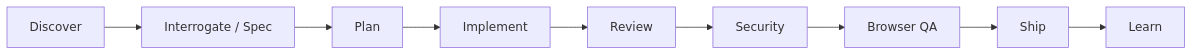
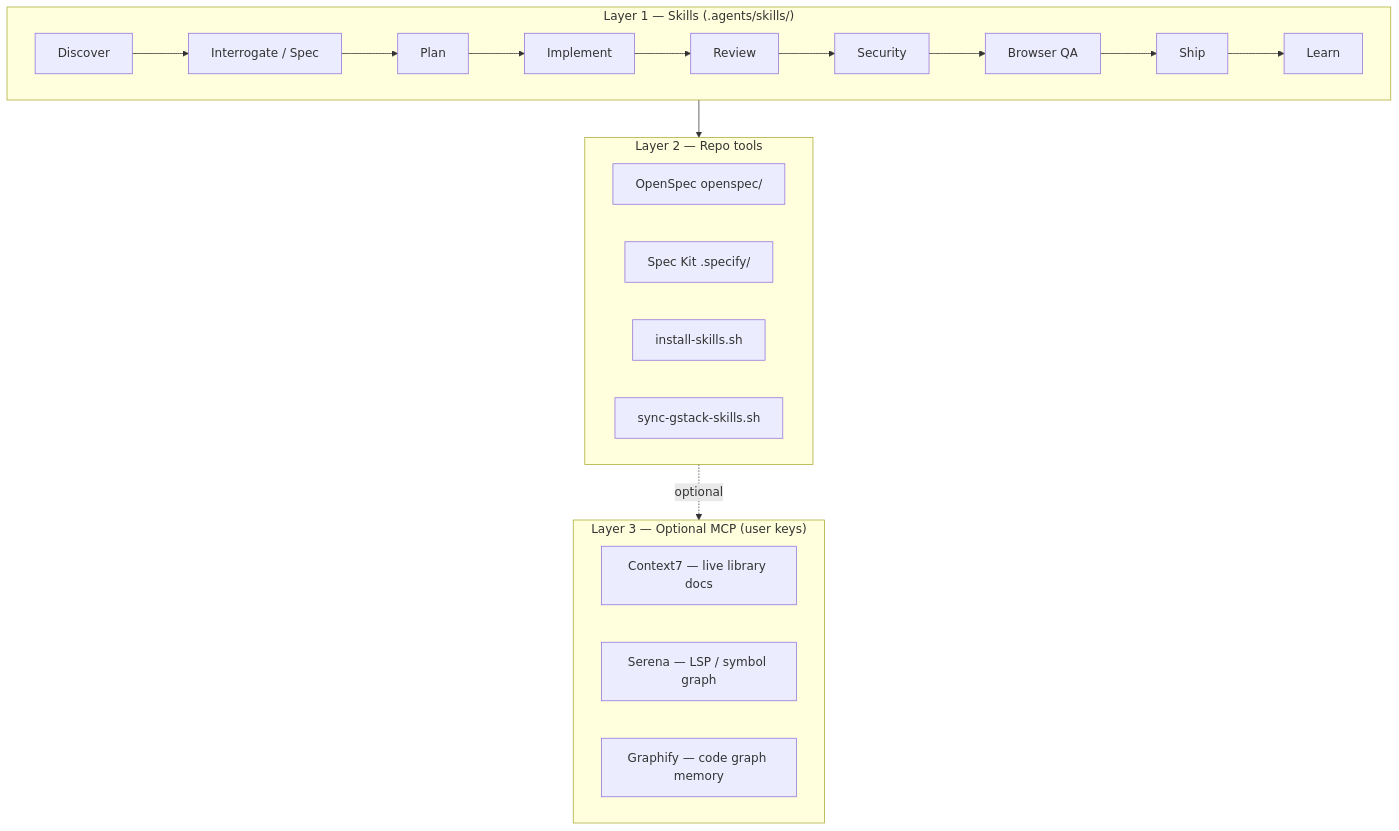
The diagram in docs/agent-skills-setup.md (praxstack/ledger-atlas), drawn with Mermaid before and after one commit. The commit also changed other lines of this file and 528 other files, not shown here.

First line of the commit message:
Complete 2026 skills stack setup for Cloud Agents

````diff
--- a/docs/agent-skills-setup.md
+++ b/docs/agent-skills-setup.md
@@ -9,11 +9,29 @@
 ```mermaid
-flowchart LR
-  D[Discover] --> I[Interrogate / Spec]
-  I --> P[Plan]
-  P --> M[Implement]
-  M --> R[Review]
-  R --> S[Security]
-  S --> Q[Browser QA]
-  Q --> H[Ship]
-  H --> L[Learn]
+flowchart TB
+  subgraph skills ["Layer 1 — Skills (.agents/skills/)"]
+    D[Discover] --> I[Interrogate / Spec]
+    I --> P[Plan]
+    P --> M[Implement]
+    M --> R[Review]
+    R --> S[Security]
+    S --> Q[Browser QA]
+    Q --> H[Ship]
+    H --> L[Learn]
+  end
+
+  subgraph tools ["Layer 2 — Repo tools"]
+    OS[OpenSpec openspec/]
+    SK[Spec Kit .specify/]
+    IS[install-skills.sh]
+    GS[sync-gstack-skills.sh]
+  end
+
+  subgraph mcp ["Layer 3 — Optional MCP (user keys)"]
+    C7[Context7 — live library docs]
+    SE[Serena — LSP / symbol graph]
+    GF[Graphify — code graph memory]
+  end
+
+  skills --> tools
+  tools -.->|optional| mcp
 ```
````
